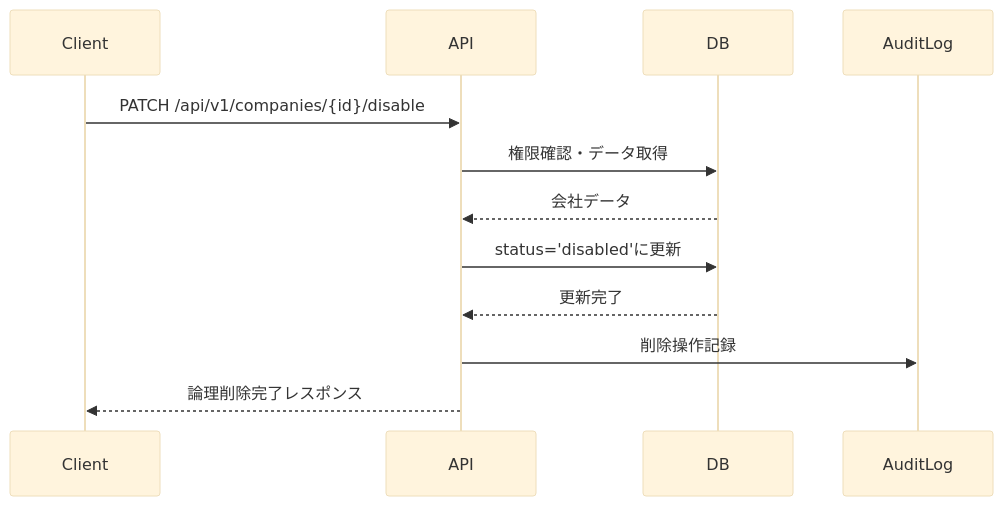
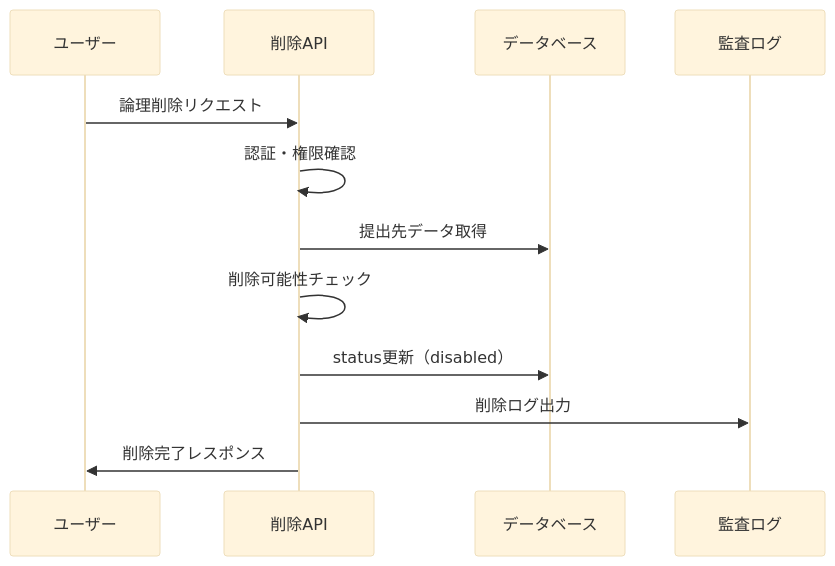
The first of 2 diagrams in doc/勤怠情報提出先削除機能_機能設計.md (okanikani223/kairos), drawn with Mermaid (base theme) before and after one commit. The commit also changed other lines of this file and 4 other files, not shown here.

````diff
--- a/doc/勤怠情報提出先削除機能_機能設計.md
+++ b/doc/勤怠情報提出先削除機能_機能設計.md
@@ -329,15 +73,15 @@
 ```mermaid
 sequenceDiagram
-    participant Client
-    participant API
-    participant DB
-    participant AuditLog
-    
-    Client->>API: PATCH /api/v1/companies/{id}/disable
-    API->>DB: 権限確認・データ取得
-    DB-->>API: 会社データ
-    API->>DB: status='disabled'に更新
-    DB-->>API: 更新完了
-    API->>AuditLog: 削除操作記録
-    API-->>Client: 論理削除完了レスポンス
+    participant U as ユーザー
+    participant API as 削除API
+    participant DB as データベース
+    participant Log as 監査ログ
+
+    U->>API: 論理削除リクエスト
+    API->>API: 認証・権限確認
+    API->>DB: 提出先データ取得
+    API->>API: 削除可能性チェック
+    API->>DB: status更新（disabled）
+    API->>Log: 削除ログ出力
+    API->>U: 削除完了レスポンス
 ```
````
